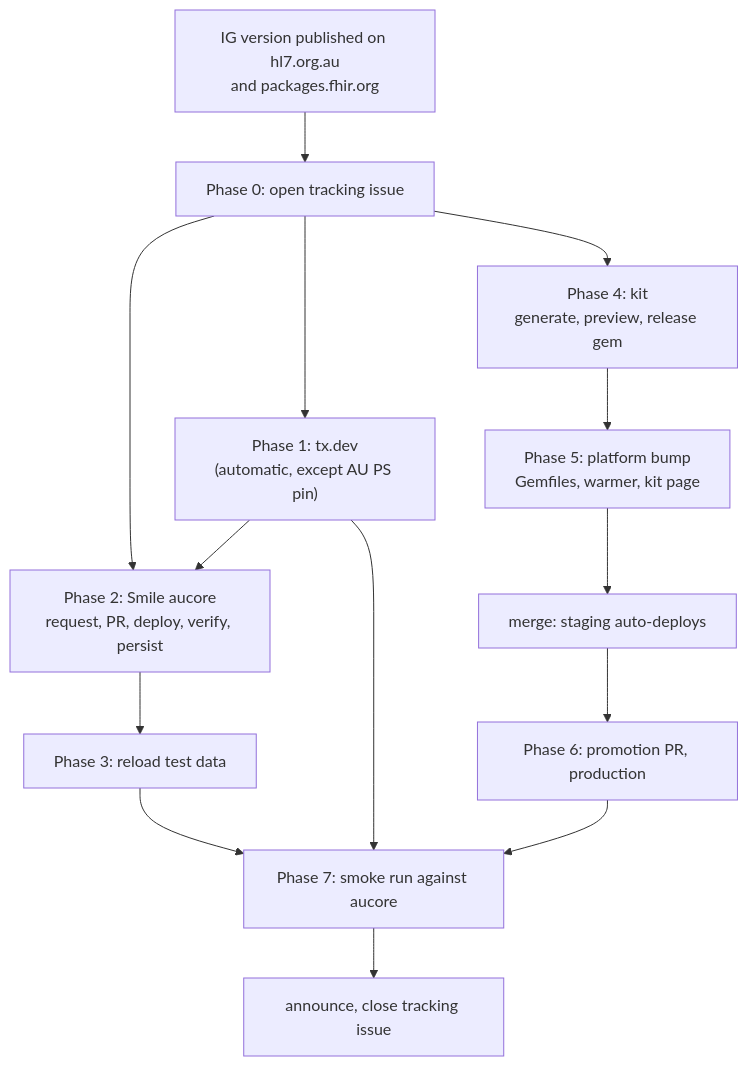
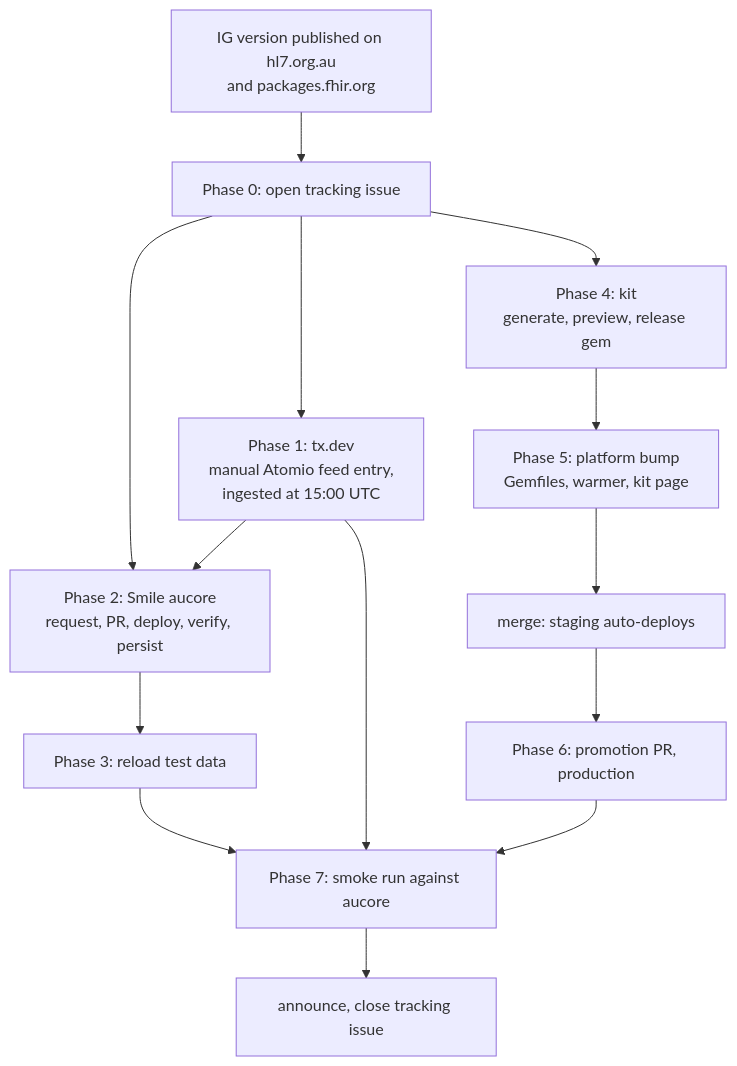
Before and after one commit to aehrc/sparked-fhir-server-configuration: the diagram in docs/runbooks/ig-release.md, drawn with Mermaid. The commit also changed other lines of this file and 2 other files, not shown here.

First line of the commit message:
Route the IG release tx.dev step through a manual Atomio feed entry

````diff
--- a/docs/runbooks/ig-release.md
+++ b/docs/runbooks/ig-release.md
@@ -99,16 +103,16 @@
 ```mermaid
 flowchart TD
     P["IG version published on hl7.org.au<br/>and packages.fhir.org"] --> T["Phase 0: open tracking issue"]
-    T --> TX["Phase 1: tx.dev<br/>(automatic, except AU PS pin)"]
+    T --> TX["Phase 1: tx.dev<br/>manual Atomio feed entry,<br/>ingested at 15:00 UTC"]
     T --> S["Phase 2: Smile aucore<br/>request, PR, deploy, verify, persist"]
     T --> K["Phase 4: kit<br/>generate, preview, release gem"]
     TX --> S
     S --> D["Phase 3: reload test data"]
     K --> PL["Phase 5: platform bump<br/>Gemfiles, warmer, kit page"]
     PL --> STG["merge: staging auto-deploys"]
     STG --> PRD["Phase 6: promotion PR, production"]
     D --> SMK["Phase 7: smoke run against aucore"]
     TX --> SMK
     PRD --> SMK
     SMK --> A["announce, close tracking issue"]
 ```
````
